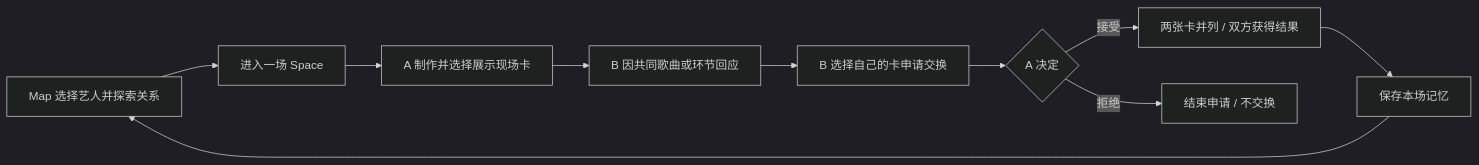
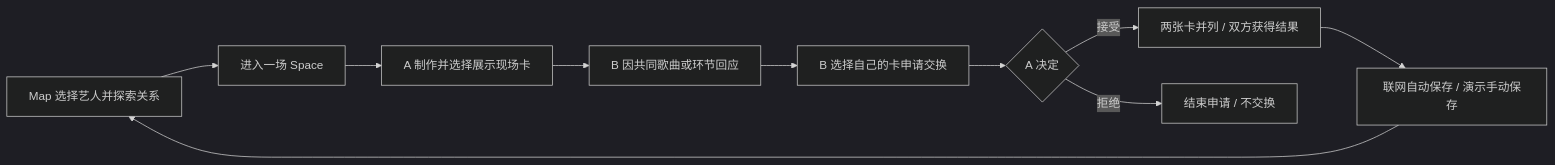
The diagram in product/docs/01-product-plan.md (musicMapTeam/musicMap), drawn with Mermaid (dark theme) before and after one commit. The commit also changed other lines of this file and 27 other files, not shown here.

````diff
--- a/product/docs/01-product-plan.md
+++ b/product/docs/01-product-plan.md
@@ -32,12 +32,12 @@
 ```mermaid
 flowchart LR
     A[Map 选择艺人并探索关系] --> B[进入一场 Space]
     B --> C[A 制作并选择展示现场卡]
     C --> D[B 因共同歌曲或环节回应]
     D --> E[B 选择自己的卡申请交换]
     E --> F{A 决定}
     F -->|接受| G[两张卡并列 / 双方获得结果]
     F -->|拒绝| H[结束申请 / 不交换]
-    G --> I[保存本场记忆]
+    G --> I[联网自动保存 / 演示手动保存]
     I --> A
 ```
````
